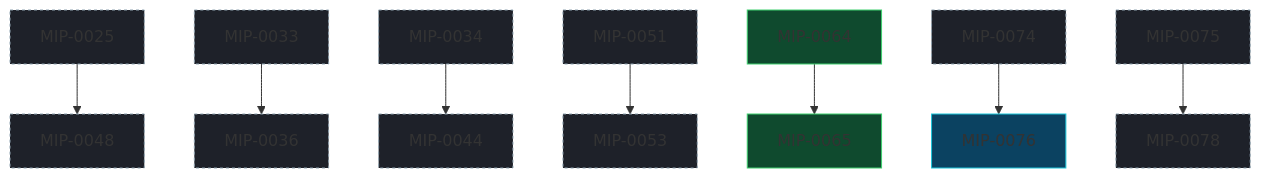
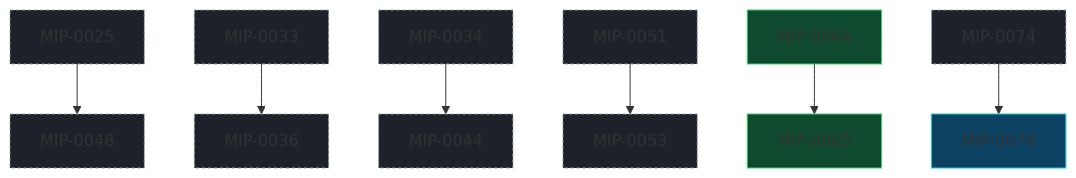
The diagram in docs/MIPs/README.md (marola-dev/marola), drawn with Mermaid before and after one commit. The commit also changed other lines of this file and 4 other files, not shown here.

````diff
--- a/docs/MIPs/README.md
+++ b/docs/MIPs/README.md
@@ -95,28 +94,25 @@
 ```mermaid
 flowchart TD
   classDef draft fill:#1e2129,stroke:#8fa3b0,stroke-dasharray:3 3;
   classDef accepted fill:#0b4261,stroke:#1ac5da;
   classDef implemented fill:#0f4a2e,stroke:#3ecf6e;
   classDef rejected fill:#2a2d35,stroke:#666,color:#999;
   M0025["MIP-0025"]:::draft
   M0033["MIP-0033"]:::draft
   M0034["MIP-0034"]:::draft
   M0036["MIP-0036"]:::draft
   M0044["MIP-0044"]:::draft
   M0048["MIP-0048"]:::draft
   M0051["MIP-0051"]:::draft
   M0053["MIP-0053"]:::draft
   M0064["MIP-0064"]:::implemented
   M0065["MIP-0065"]:::implemented
   M0074["MIP-0074"]:::draft
-  M0075["MIP-0075"]:::draft
   M0076["MIP-0076"]:::accepted
-  M0078["MIP-0078"]:::draft
   M0025 --> M0048
   M0033 --> M0036
   M0034 --> M0044
   M0051 --> M0053
   M0064 --> M0065
   M0074 --> M0076
-  M0075 --> M0078
 ```
````
